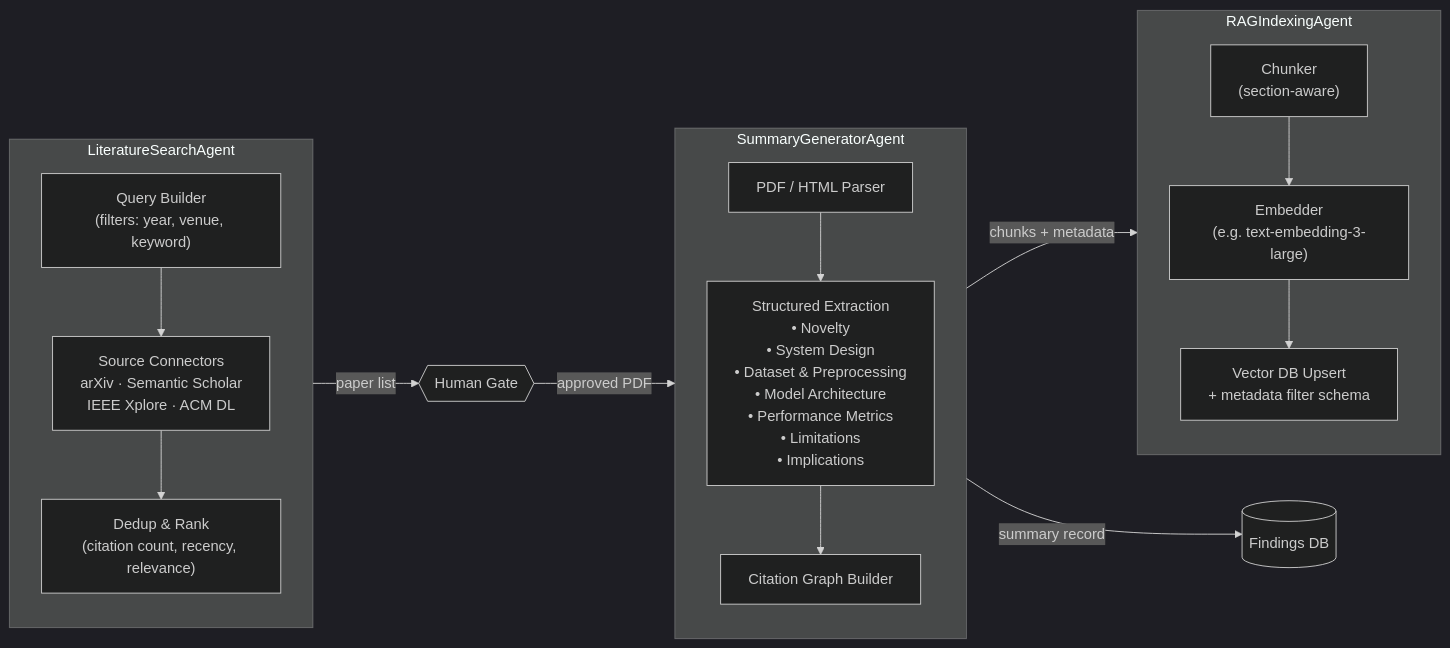
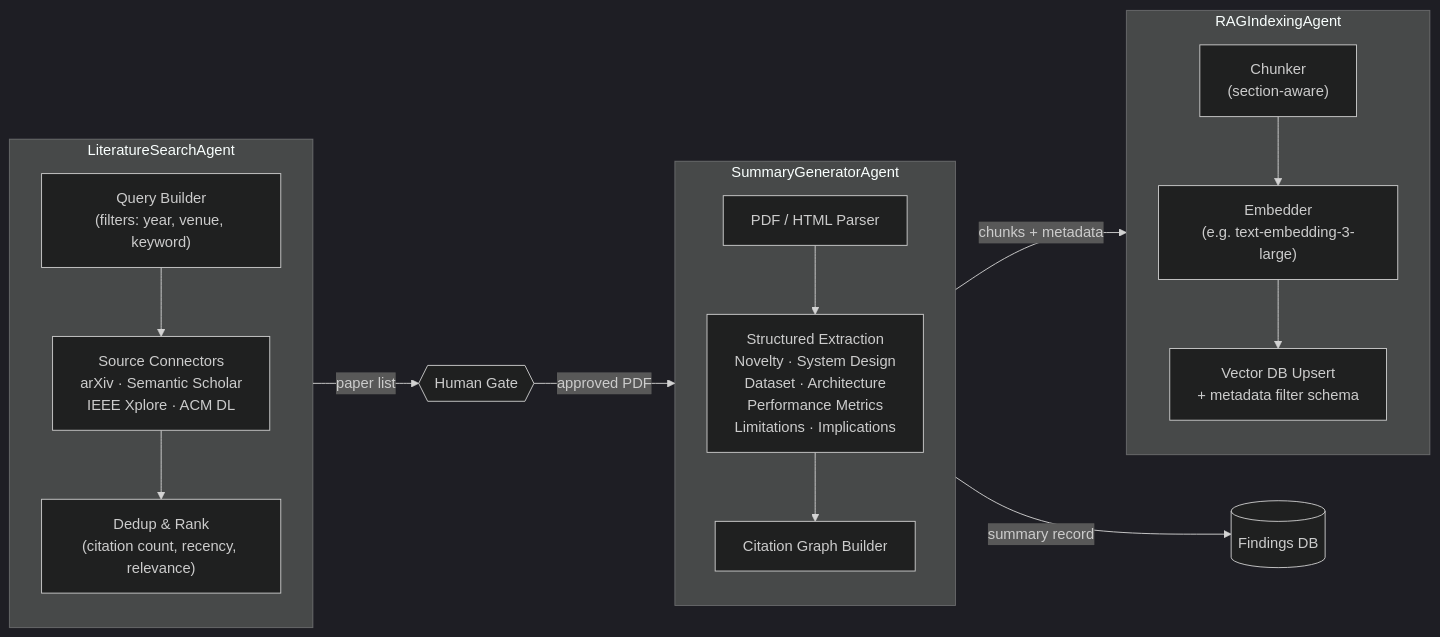
The second of 8 diagrams in ARCHITECTURE.md (vegitableoil/my-research-agent), drawn with Mermaid (dark theme) before and after one commit. The commit also changed other lines of this file, not shown here.

First line of the commit message:
Fix Mermaid parse errors in ARCHITECTURE.md

````diff
--- a/ARCHITECTURE.md
+++ b/ARCHITECTURE.md
@@ -105,31 +105,31 @@
 ```mermaid
 flowchart LR
     subgraph LiteratureSearchAgent
         direction TB
-        Q["Query Builder\n(filters: year, venue, keyword)"]
-        SRC["Source Connectors\narXiv · Semantic Scholar\nIEEE Xplore · ACM DL"]
-        DEDUP["Dedup & Rank\n(citation count, recency, relevance)"]
+        Q["Query Builder<br/>(filters: year, venue, keyword)"]
+        SRC["Source Connectors<br/>arXiv · Semantic Scholar<br/>IEEE Xplore · ACM DL"]
+        DEDUP["Dedup & Rank<br/>(citation count, recency, relevance)"]
         Q --> SRC --> DEDUP
     end
 
     subgraph SummaryGeneratorAgent
         direction TB
         PDF["PDF / HTML Parser"]
-        FIELDS["Structured Extraction\n• Novelty\n• System Design\n• Dataset & Preprocessing\n• Model Architecture\n• Performance Metrics\n• Limitations\n• Implications"]
+        FIELDS["Structured Extraction<br/>Novelty · System Design<br/>Dataset · Architecture<br/>Performance Metrics<br/>Limitations · Implications"]
         CITE["Citation Graph Builder"]
         PDF --> FIELDS --> CITE
     end
 
     subgraph RAGIndexingAgent
         direction TB
-        CHUNK["Chunker\n(section-aware)"]
-        EMB["Embedder\n(e.g. text-embedding-3-large)"]
-        IDX["Vector DB Upsert\n+ metadata filter schema"]
+        CHUNK["Chunker<br/>(section-aware)"]
+        EMB["Embedder<br/>(e.g. text-embedding-3-large)"]
+        IDX["Vector DB Upsert<br/>+ metadata filter schema"]
         CHUNK --> EMB --> IDX
     end
 
     LiteratureSearchAgent -->|"paper list"| HGate{{"Human Gate"}}
     HGate -->|"approved PDF"| SummaryGeneratorAgent
     SummaryGeneratorAgent -->|"chunks + metadata"| RAGIndexingAgent
-    SummaryGeneratorAgent -->|"summary record"| DB[(Findings DB)]
+    SummaryGeneratorAgent -->|"summary record"| DB[("Findings DB")]
 ```
````
